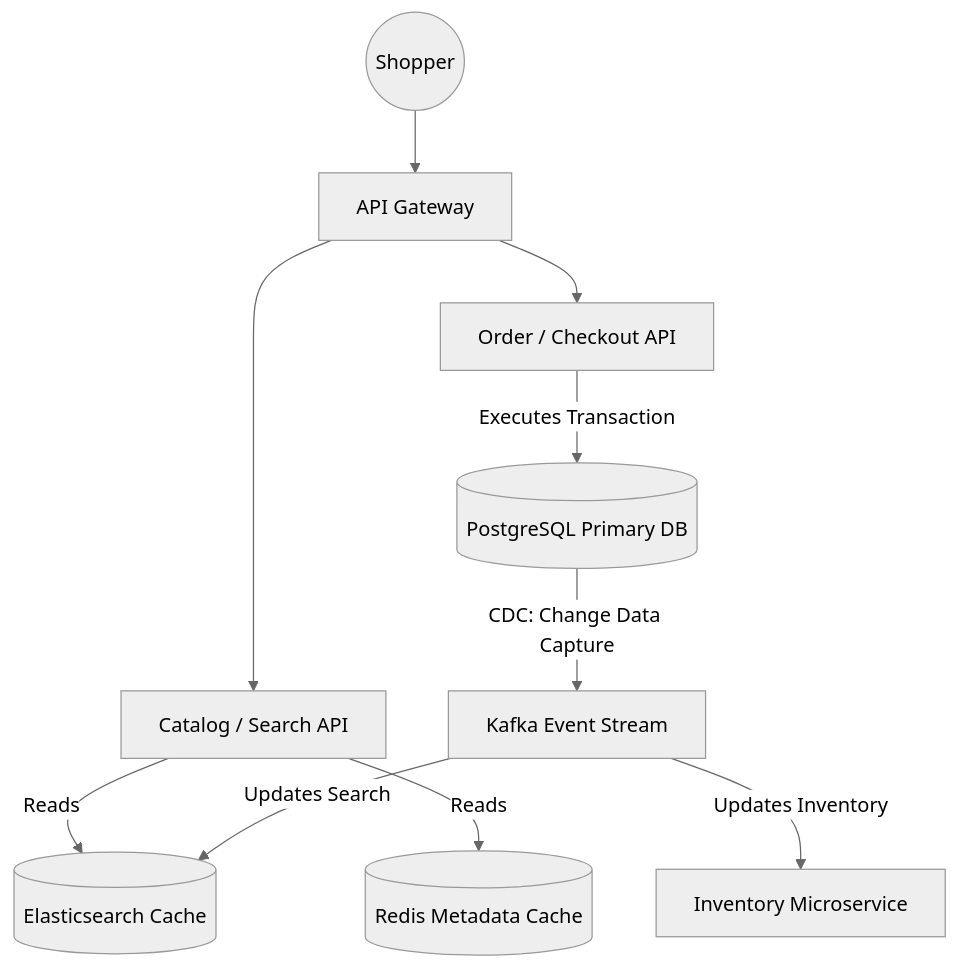
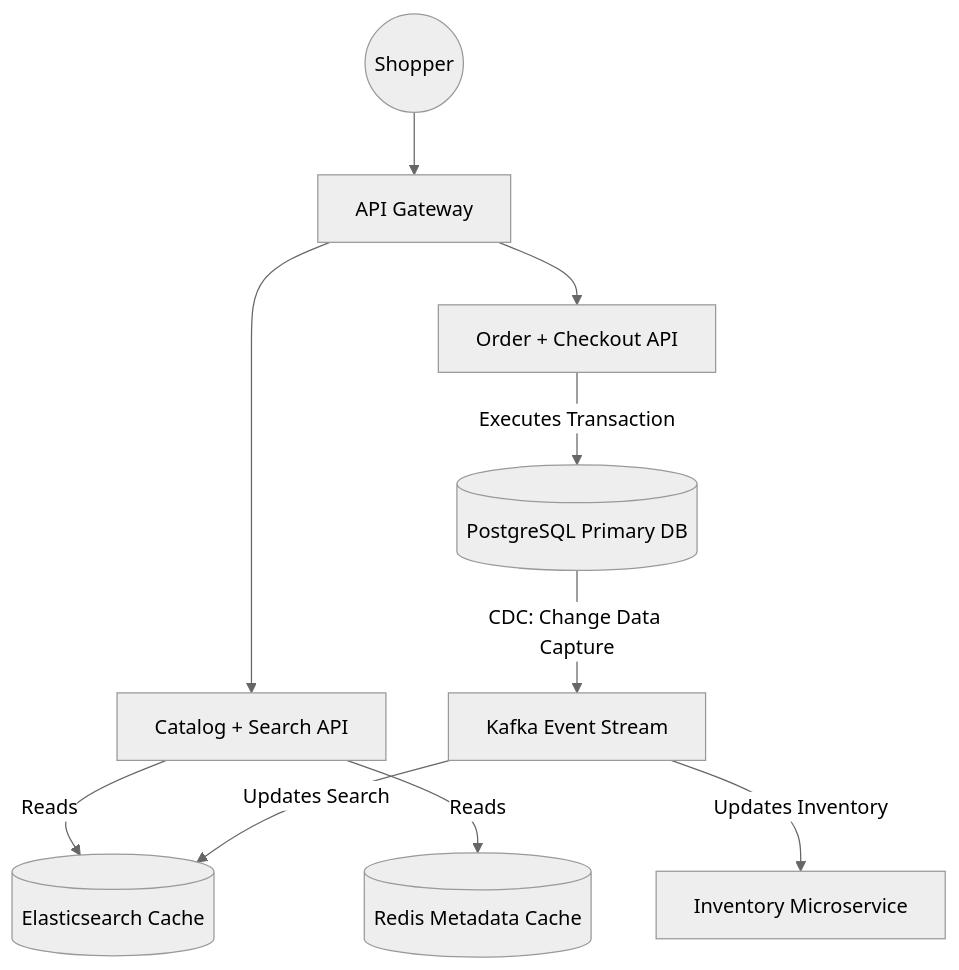
One commit to Amit506/System-Design changed the second of 2 diagrams in Premium-Edition/02_Architectures/08_Amazon_Ecommerce.md. Above: the diagram before and after it, drawn with Mermaid (neutral theme). The commit also changed 32 other files, not shown here.

````diff
--- a/Premium-Edition/02_Architectures/08_Amazon_Ecommerce.md
+++ b/Premium-Edition/02_Architectures/08_Amazon_Ecommerce.md
@@ -44,17 +44,17 @@
 ```mermaid
 graph TD
     User((Shopper)) --> API_Gateway[API Gateway]
     
-    API_Gateway --> ReadSvc[Catalog / Search API]
-    API_Gateway --> WriteSvc[Order / Checkout API]
+    API_Gateway --> ReadSvc[Catalog + Search API]
+    API_Gateway --> WriteSvc[Order + Checkout API]
     
     ReadSvc -->|Reads| ElasticSearch[(Elasticsearch Cache)]
     ReadSvc -->|Reads| Redis[(Redis Metadata Cache)]
     
     WriteSvc -->|Executes Transaction| OrderDB[(PostgreSQL Primary DB)]
     
     OrderDB -->|CDC: Change Data Capture| Kafka[Kafka Event Stream]
     
     Kafka -->|Updates Search| ElasticSearch
     Kafka -->|Updates Inventory| InventorySvc[Inventory Microservice]
 ```
````
